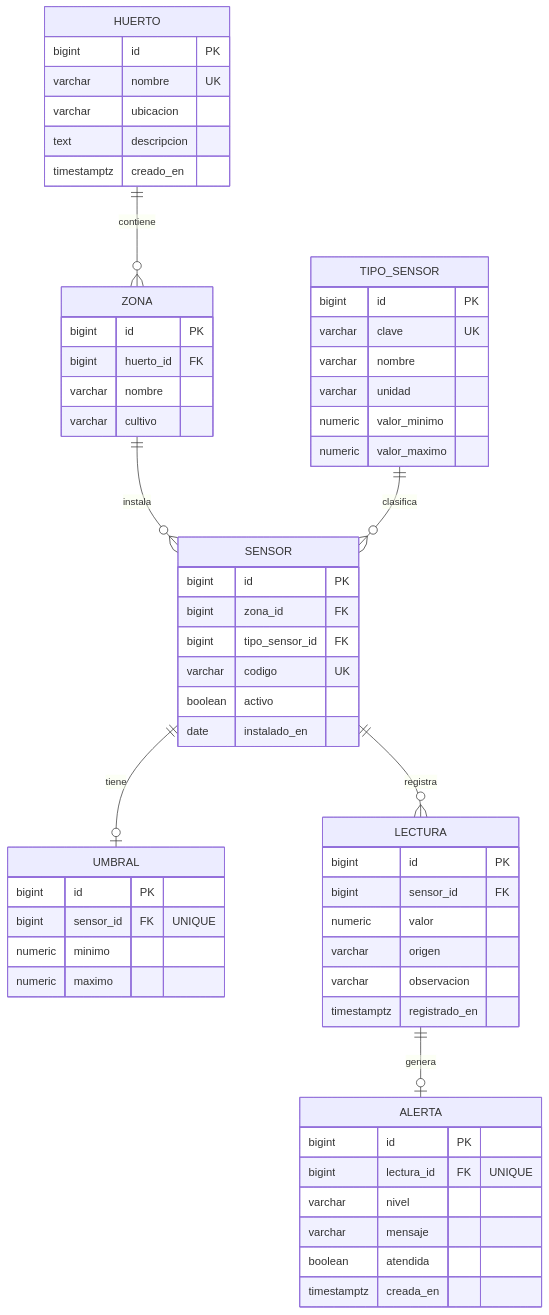
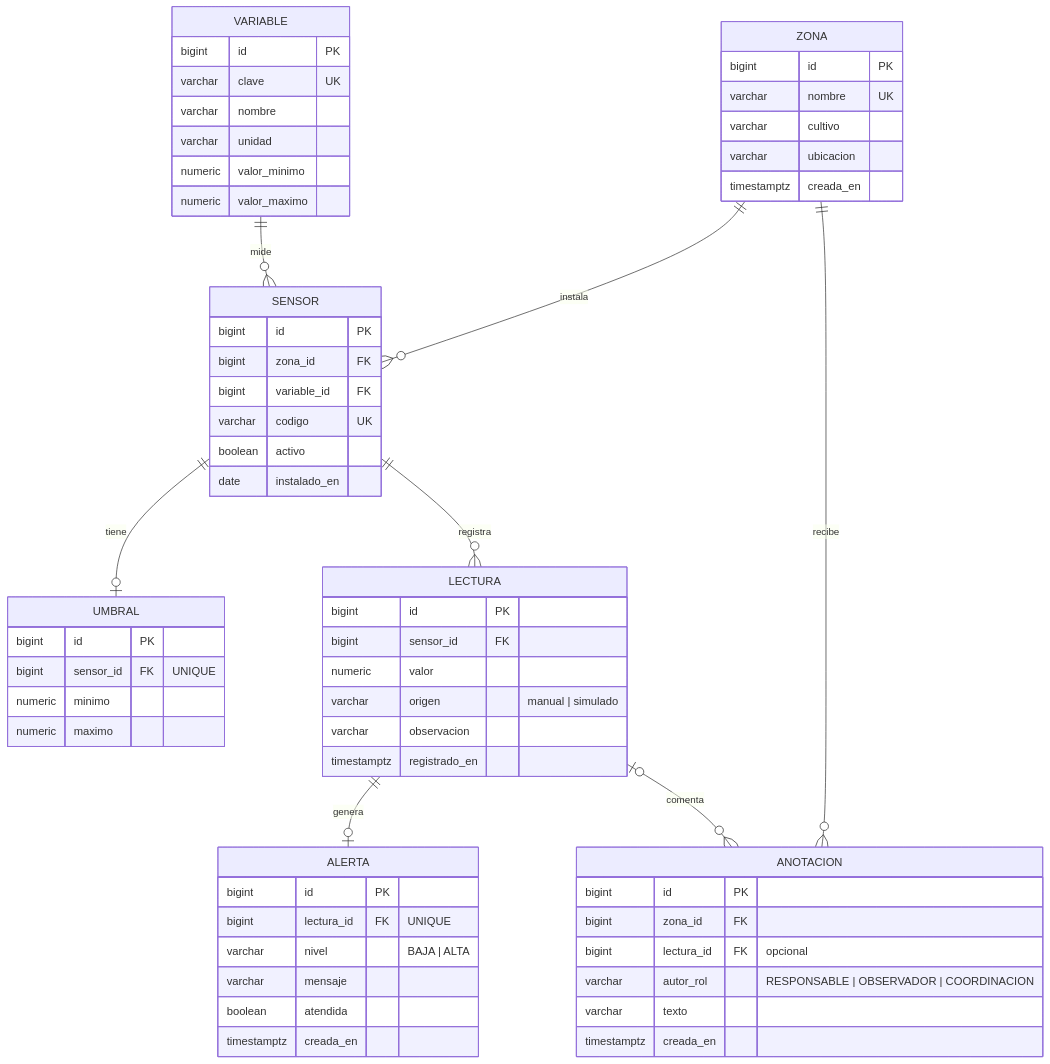
Before and after one commit to zywoxxx/dsw-p02-monitoreo-huerto: the diagram in docs/modelo-datos.md, drawn with Mermaid. The commit also changed other lines of this file and 75 other files, not shown here.

````diff
--- a/docs/modelo-datos.md
+++ b/docs/modelo-datos.md
@@ -8,61 +11,64 @@
 ```mermaid
 erDiagram
-    HUERTO ||--o{ ZONA : "contiene"
     ZONA ||--o{ SENSOR : "instala"
-    TIPO_SENSOR ||--o{ SENSOR : "clasifica"
+    VARIABLE ||--o{ SENSOR : "mide"
     SENSOR ||--o| UMBRAL : "tiene"
     SENSOR ||--o{ LECTURA : "registra"
     LECTURA ||--o| ALERTA : "genera"
+    ZONA ||--o{ ANOTACION : "recibe"
+    LECTURA |o--o{ ANOTACION : "comenta"
 
-    HUERTO {
+    ZONA {
         bigint id PK
         varchar nombre UK
+        varchar cultivo
         varchar ubicacion
-        text descripcion
-        timestamptz creado_en
+        timestamptz creada_en
     }
-    ZONA {
-        bigint id PK
-        bigint huerto_id FK
-        varchar nombre
-        varchar cultivo
-    }
-    TIPO_SENSOR {
+    VARIABLE {
         bigint id PK
         varchar clave UK
         varchar nombre
         varchar unidad
         numeric valor_minimo
         numeric valor_maximo
     }
     SENSOR {
         bigint id PK
         bigint zona_id FK
-        bigint tipo_sensor_id FK
+        bigint variable_id FK
         varchar codigo UK
         boolean activo
         date instalado_en
     }
     UMBRAL {
         bigint id PK
         bigint sensor_id FK "UNIQUE"
         numeric minimo
         numeric maximo
     }
     LECTURA {
         bigint id PK
         bigint sensor_id FK
         numeric valor
-        varchar origen
+        varchar origen "manual | simulado"
         varchar observacion
         timestamptz registrado_en
     }
     ALERTA {
         bigint id PK
         bigint lectura_id FK "UNIQUE"
-        varchar nivel
+        varchar nivel "BAJA | ALTA"
         varchar mensaje
         boolean atendida
         timestamptz creada_en
     }
+    ANOTACION {
+        bigint id PK
+        bigint zona_id FK
+        bigint lectura_id FK "opcional"
+        varchar autor_rol "RESPONSABLE | OBSERVADOR | COORDINACION"
+        varchar texto
+        timestamptz creada_en
+    }
 ```
````
